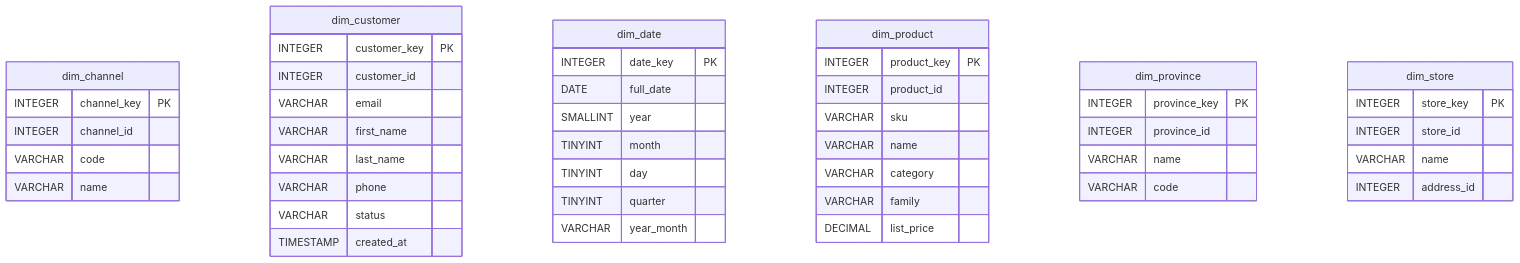
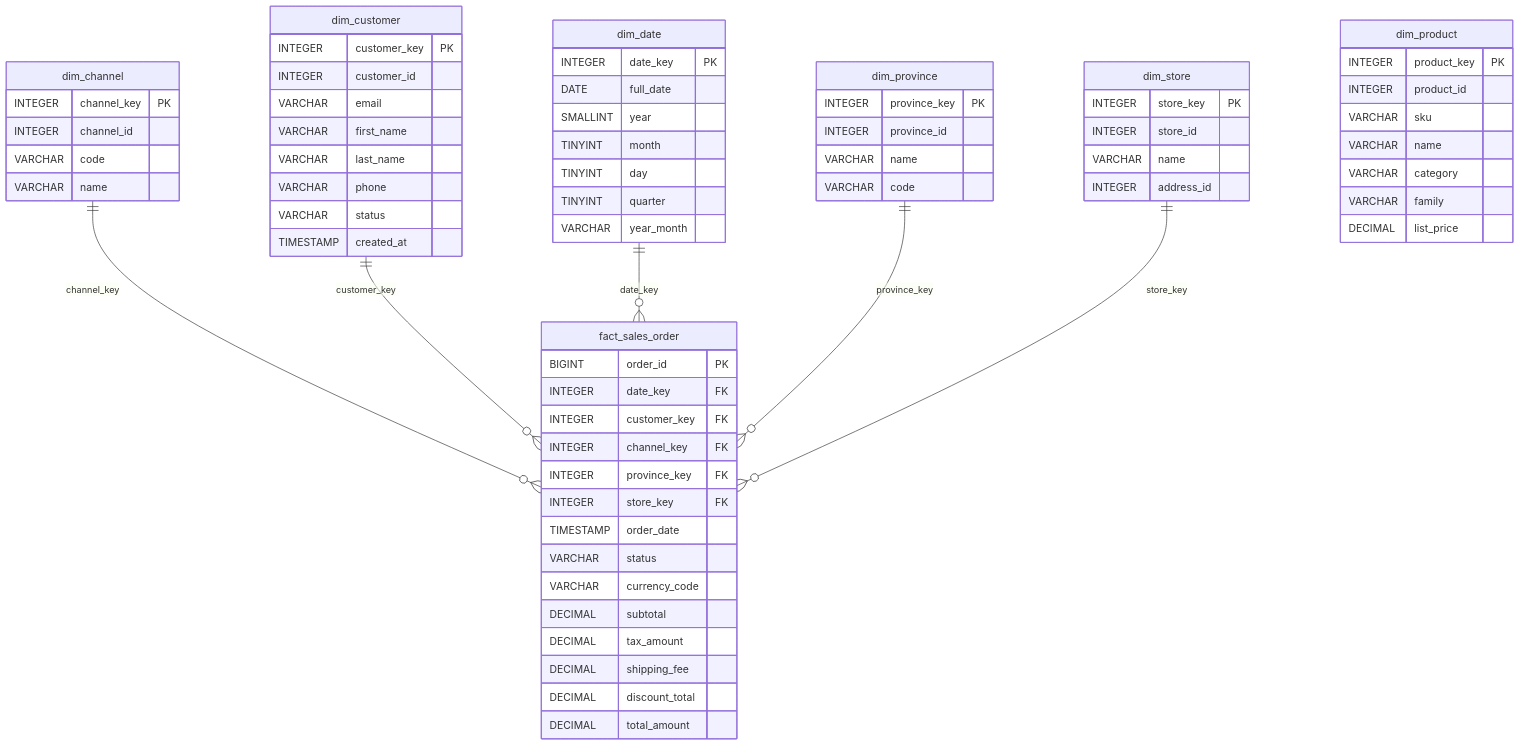
One commit to LucaGiu204/practica-imond changed the diagram in dw/modelo_estrella.md. Above: the diagram before and after it, drawn with Mermaid. The commit also changed 2 other files, not shown here.

Commit message:
Agrego tabla de hechos de orden de venta

````diff
--- a/dw/modelo_estrella.md
+++ b/dw/modelo_estrella.md
@@ -5,49 +5,70 @@
 ```mermaid
 erDiagram
+    dim_channel ||--o{ fact_sales_order : "channel_key"
+    dim_customer ||--o{ fact_sales_order : "customer_key"
+    dim_date ||--o{ fact_sales_order : "date_key"
+    dim_province ||--o{ fact_sales_order : "province_key"
+    dim_store ||--o{ fact_sales_order : "store_key"
     dim_channel {
         INTEGER channel_key PK
         INTEGER channel_id
         VARCHAR code
         VARCHAR name
     }
     dim_customer {
         INTEGER customer_key PK
         INTEGER customer_id
         VARCHAR email
         VARCHAR first_name
         VARCHAR last_name
         VARCHAR phone
         VARCHAR status
         TIMESTAMP created_at
     }
     dim_date {
         INTEGER date_key PK
         DATE full_date
         SMALLINT year
         TINYINT month
         TINYINT day
         TINYINT quarter
         VARCHAR year_month
     }
     dim_product {
         INTEGER product_key PK
         INTEGER product_id
         VARCHAR sku
         VARCHAR name
         VARCHAR category
         VARCHAR family
         DECIMAL list_price
     }
     dim_province {
         INTEGER province_key PK
         INTEGER province_id
         VARCHAR name
         VARCHAR code
     }
     dim_store {
         INTEGER store_key PK
         INTEGER store_id
         VARCHAR name
         INTEGER address_id
     }
+    fact_sales_order {
+        BIGINT order_id PK
+        INTEGER date_key FK
+        INTEGER customer_key FK
+        INTEGER channel_key FK
+        INTEGER province_key FK
+        INTEGER store_key FK
+        TIMESTAMP order_date
+        VARCHAR status
+        VARCHAR currency_code
+        DECIMAL subtotal
+        DECIMAL tax_amount
+        DECIMAL shipping_fee
+        DECIMAL discount_total
+        DECIMAL total_amount
+    }
 ```
````
